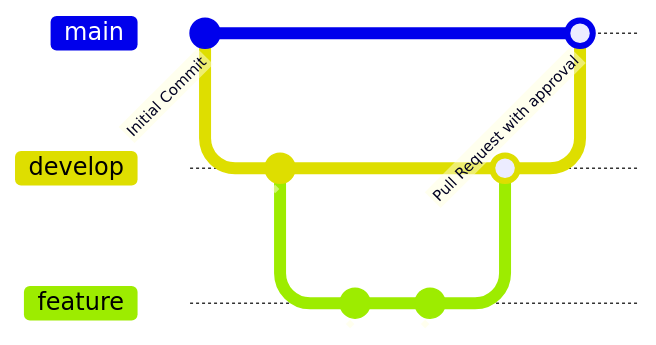
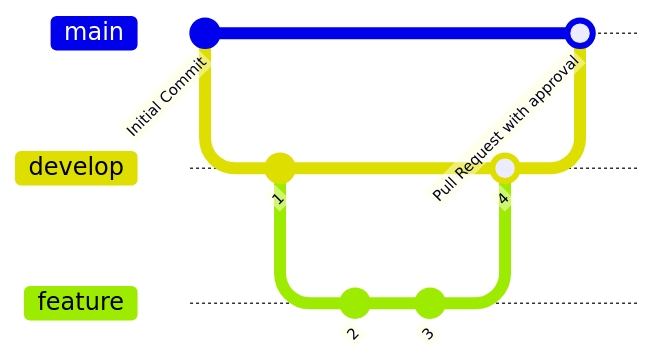
Before and after one commit to hendersonandrade/azure: the diagram in IaC_with_ARM_and_Bicep/templates/README.md, drawn with Mermaid.

````diff
--- a/IaC_with_ARM_and_Bicep/templates/README.md
+++ b/IaC_with_ARM_and_Bicep/templates/README.md
@@ -1,14 +1,14 @@
 ```mermaid
 gitGraph
     checkout main
     commit id: "Initial Commit"
     branch develop
-    commit id:" "
+    commit id:"1"
     branch feature
-    commit id:"   "
-    commit id:"  "
+    commit id:"2"
+    commit id:"3"
     checkout develop
-    merge feature
+    merge feature id: "4"
     checkout main
     merge develop id: "Pull Request with approval"
  ```
````
